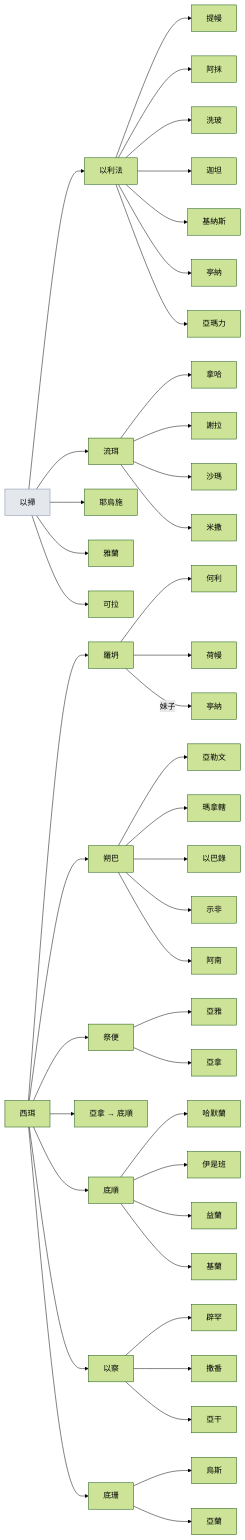
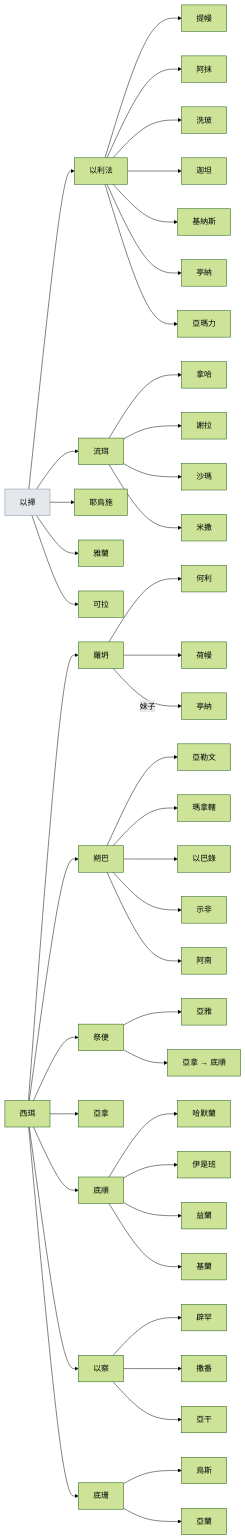
The eighth of 33 diagrams in appendix/歷代志上的完整人物支線圖.md (andyjr5566/Bible_wiki_zh), drawn with Mermaid (forest theme) before and after one commit. The commit also changed other lines of this file and 12 other files, not shown here.

```diff
--- a/appendix/歷代志上的完整人物支線圖.md
+++ b/appendix/歷代志上的完整人物支線圖.md
@@ -652,9 +652,9 @@
   n18 --> n29
   n30["亞雅"]
   n29 --> n30
-  n31["亞拿"]
+  n31["亞拿 → 底順"]
   n29 --> n31
-  n32["亞拿 → 底順"]
+  n32["亞拿"]
   n18 --> n32
   n33["底順"]
   n18 --> n33
```
